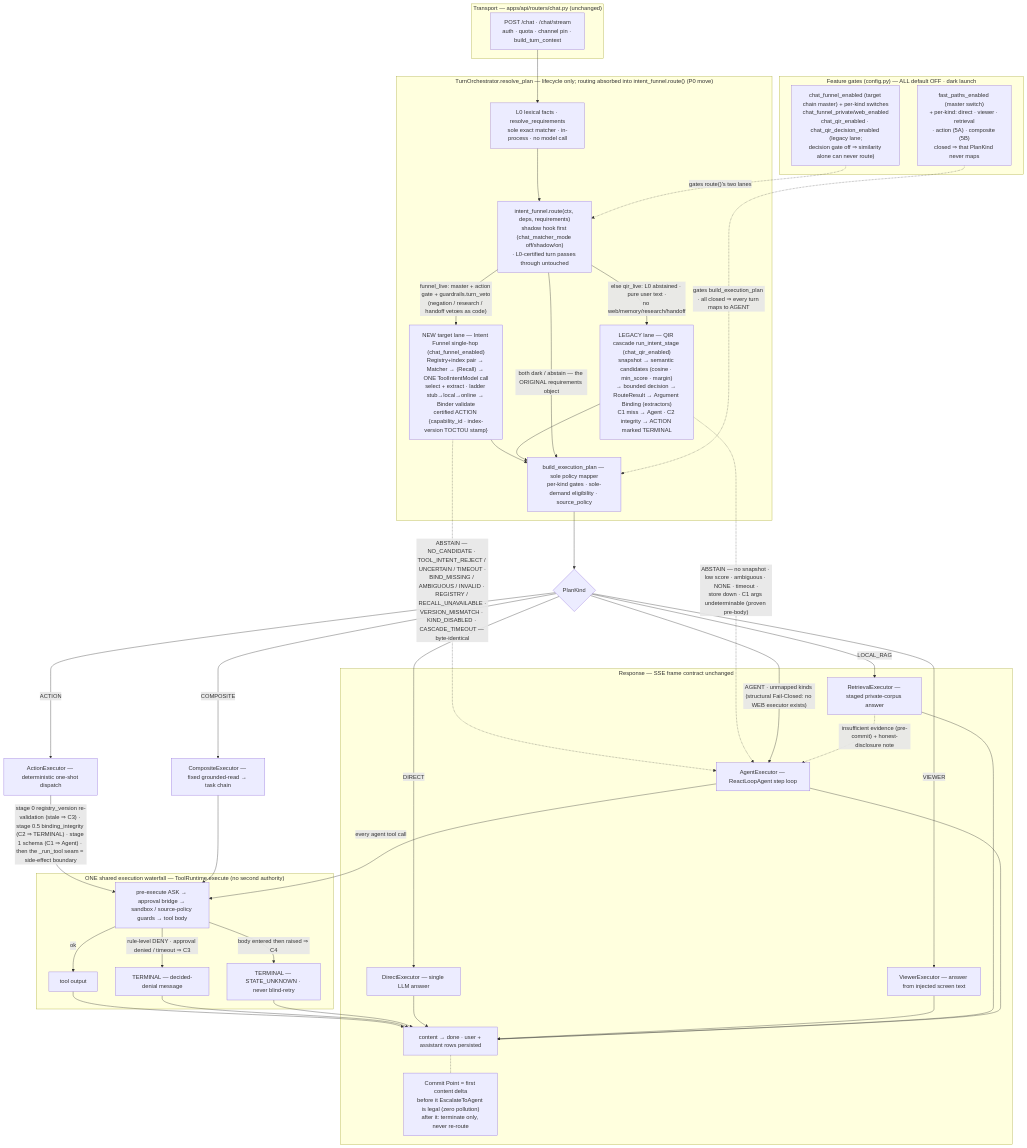
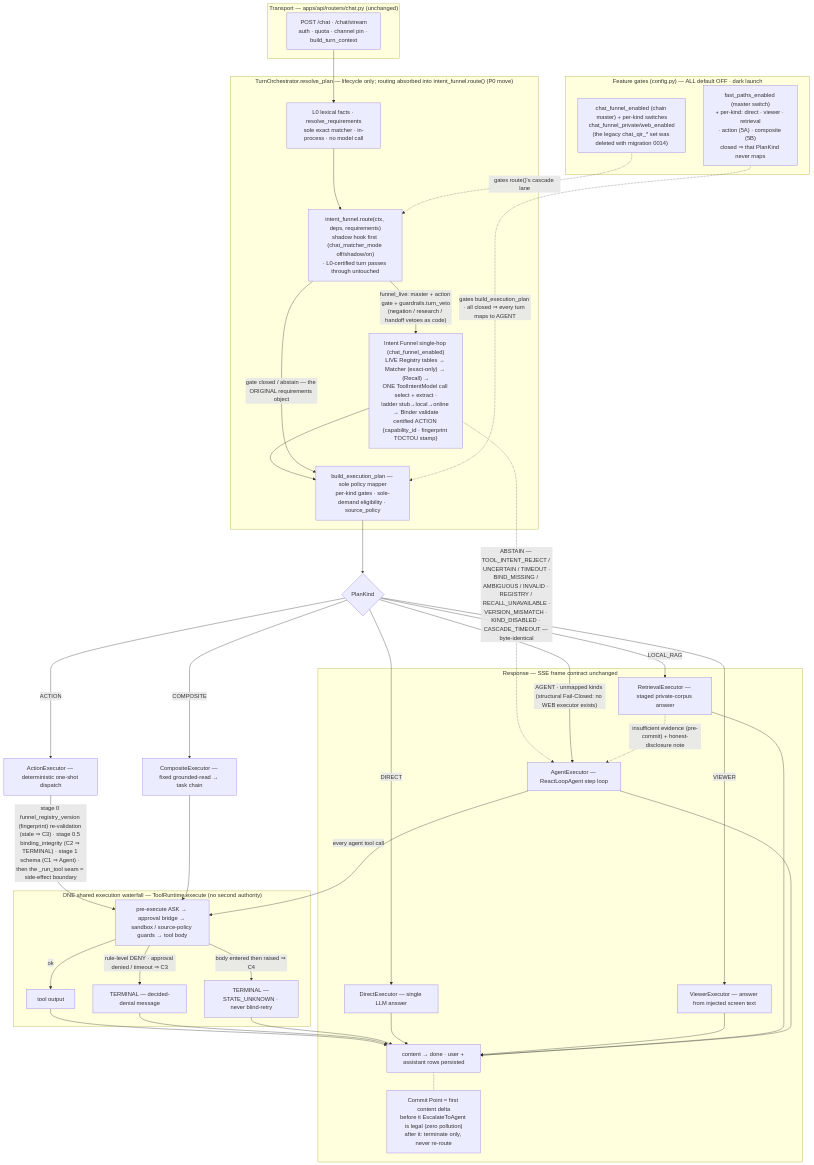
One commit to Eric-LLMs/DeepDive changed the sixth of 7 diagrams in docs/architecture-diagrams.md. Above: the diagram before and after it, drawn with Mermaid. The commit also changed other lines of this file and 71 other files, not shown here.

First line of the commit message:
feat(registry): land the live-table routing truth — migration 0014 retires the QIR snapshot lane

````diff
--- a/docs/architecture-diagrams.md
+++ b/docs/architecture-diagrams.md
@@ -303,63 +304,60 @@
 ```mermaid
 flowchart TB
     %% Invariants: fast-path fallbacks are byte-identical · the Agent is never a recovery channel
     %% for C2/C3/C4 · the commit point (first content delta) locks the channel · gates default OFF.
 
     subgraph transport["Transport — apps/api/routers/chat.py (unchanged)"]
         AUTH["POST /chat · /chat/stream<br/>auth · quota · channel pin · build_turn_context"]
     end
 
     subgraph resolve["TurnOrchestrator.resolve_plan — lifecycle only; routing absorbed into intent_funnel.route() (P0 move)"]
         L0["L0 lexical facts · resolve_requirements<br/>sole exact matcher · in-process · no model call"]
         RT["intent_funnel.route(ctx, deps, requirements)<br/>shadow hook first (chat_matcher_mode off/shadow/on)<br/>· L0-certified turn passes through untouched"]
-        FN["NEW target lane — Intent Funnel single-hop (chat_funnel_enabled)<br/>Registry+index pair → Matcher → (Recall) → ONE ToolIntentModel call<br/>select + extract · ladder stub→local→online → Binder validate<br/>certified ACTION {capability_id · index-version TOCTOU stamp}"]
-        QIR["LEGACY lane — QIR cascade run_intent_stage (chat_qir_enabled)<br/>snapshot → semantic candidates (cosine · min_score · margin)<br/>→ bounded decision → RouteResult → Argument Binding (extractors)<br/>C1 miss → Agent · C2 integrity → ACTION marked TERMINAL"]
+        FN["Intent Funnel single-hop (chat_funnel_enabled)<br/>LIVE Registry tables → Matcher (exact-only) → (Recall) →<br/>ONE ToolIntentModel call select + extract ·<br/>ladder stub→local→online → Binder validate<br/>certified ACTION {capability_id · fingerprint TOCTOU stamp}"]
         MAP["build_execution_plan — sole policy mapper<br/>per-kind gates · sole-demand eligibility · source_policy"]
         L0 --> RT
         RT -- "funnel_live: master + action gate + guardrails.turn_veto<br/>(negation / research / handoff vetoes as code)" --> FN --> MAP
-        RT -- "else qir_live: L0 abstained · pure user text ·<br/>no web/memory/research/handoff" --> QIR --> MAP
-        RT -- "both dark / abstain — the ORIGINAL requirements object" --> MAP
+        RT -- "gate closed / abstain — the ORIGINAL requirements object" --> MAP
     end
 
     AUTH --> L0
-    FN -. "ABSTAIN — NO_CANDIDATE · TOOL_INTENT_REJECT / UNCERTAIN / TIMEOUT ·<br/>BIND_MISSING / AMBIGUOUS / INVALID · REGISTRY / RECALL_UNAVAILABLE ·<br/>VERSION_MISMATCH · KIND_DISABLED · CASCADE_TIMEOUT — byte-identical" .-> AG
-    QIR -. "ABSTAIN — no snapshot · low score · ambiguous · NONE · timeout ·<br/>store down · C1 args undeterminable (proven pre-body)" .-> AG
+    FN -. "ABSTAIN — TOOL_INTENT_REJECT / UNCERTAIN / TIMEOUT ·<br/>BIND_MISSING / AMBIGUOUS / INVALID · REGISTRY / RECALL_UNAVAILABLE ·<br/>VERSION_MISMATCH · KIND_DISABLED · CASCADE_TIMEOUT — byte-identical" .-> AG
 
     subgraph gates["Feature gates (config.py) — ALL default OFF · dark launch"]
-        GQ["chat_funnel_enabled (target chain master) + per-kind switches<br/>chat_funnel_private/web_enabled<br/>chat_qir_enabled · chat_qir_decision_enabled (legacy lane;<br/>decision gate off ⇒ similarity alone can never route)"]
+        GQ["chat_funnel_enabled (chain master) + per-kind switches<br/>chat_funnel_private/web_enabled<br/>(the legacy chat_qir_* set was deleted with migration 0014)"]
         GF["fast_paths_enabled (master switch)<br/>+ per-kind: direct · viewer · retrieval<br/>· action (5A) · composite (5B)<br/>closed ⇒ that PlanKind never maps"]
     end
-    GQ -. "gates route()'s two lanes" .-> RT
+    GQ -. "gates route()'s cascade lane" .-> RT
     GF -. "gates build_execution_plan · all closed ⇒ every turn maps to AGENT" .-> MAP
 
     MAP --> K{"PlanKind"}
     K -- DIRECT --> DEX["DirectExecutor — single LLM answer"]
     K -- VIEWER --> VEX["ViewerExecutor — answer from injected screen text"]
     K -- LOCAL_RAG --> REX["RetrievalExecutor — staged private-corpus answer"]
     K -- ACTION --> AEX["ActionExecutor — deterministic one-shot dispatch"]
     K -- COMPOSITE --> CEX["CompositeExecutor — fixed grounded-read → task chain"]
     K -- "AGENT · unmapped kinds (structural Fail-Closed: no WEB executor exists)" --> AG["AgentExecutor — ReactLoopAgent step loop"]
 
     subgraph governance["ONE shared execution waterfall — ToolRuntime.execute (no second authority)"]
         RW["pre-execute ASK → approval bridge → sandbox / source-policy guards → tool body"]
         RW -- "rule-level DENY · approval denied / timeout ⇒ C3" --> TD["TERMINAL — decided-denial message"]
         RW -- "body entered then raised ⇒ C4" --> TU["TERMINAL — STATE_UNKNOWN · never blind-retry"]
         RW -- ok --> OUT["tool output"]
     end
 
-    AEX -- "stage 0 registry_version re-validation (stale ⇒ C3) · stage 0.5 binding_integrity (C2 ⇒ TERMINAL) · stage 1 schema (C1 ⇒ Agent) · then the _run_tool seam = side-effect boundary" --> RW
+    AEX -- "stage 0 funnel_registry_version (fingerprint) re-validation (stale ⇒ C3) · stage 0.5 binding_integrity (C2 ⇒ TERMINAL) · stage 1 schema (C1 ⇒ Agent) · then the _run_tool seam = side-effect boundary" --> RW
     CEX --> RW
     AG -- "every agent tool call" --> RW
     REX -. "insufficient evidence (pre-commit) + honest-disclosure note" .-> AG
 
     subgraph stream["Response — SSE frame contract unchanged"]
         OUT --> DONE["content → done · user + assistant rows persisted"]
         TD --> DONE
         TU --> DONE
         DEX --> DONE
         VEX --> DONE
         REX --> DONE
         AG --> DONE
         DONE -.- CP["Commit Point = first content delta<br/>before it EscalateToAgent is legal (zero pollution)<br/>after it: terminate only, never re-route"]
     end
 ```
````
